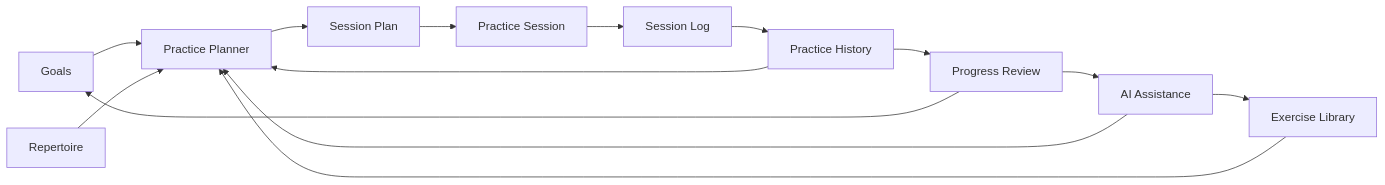
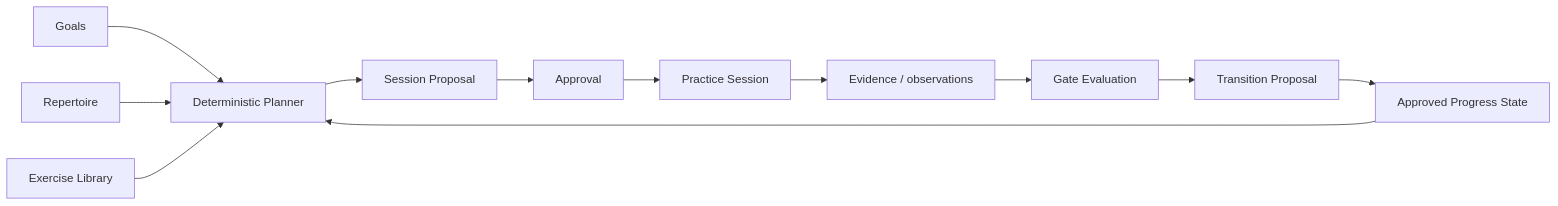
Before and after one commit to ryjen/guitar-practice-system: the first of 2 diagrams in docs/architecture.md, drawn with Mermaid. The commit also changed other lines of this file, not shown here.

Commit message:
Remove private inference architecture

````diff
--- a/docs/architecture.md
+++ b/docs/architecture.md
@@ -11,18 +11,15 @@
 ```mermaid
 flowchart LR
-    Goals[Goals] --> Planner[Practice Planner]
+    Goals[Goals] --> Planner[Deterministic Planner]
     Repertoire[Repertoire] --> Planner
     Exercises[Exercise Library] --> Planner
-    History[Practice History] --> Planner
+    State[Approved Progress State] --> Planner
 
-    Planner --> Plan[Session Plan]
-    Plan --> Practice[Practice Session]
-    Practice --> Log[Session Log]
-    Log --> History
-    History --> Review[Progress Review]
-    Review --> Goals
-
-    AI[AI Assistance] --> Planner
-    AI --> Exercises
-    Review --> AI
+    Planner --> Plan[Session Proposal]
+    Plan --> Approval[Approval]
+    Approval --> Practice[Practice Session]
+    Practice --> Evidence[Evidence / observations]
+    Evidence --> Assessment[Gate Evaluation]
+    Assessment --> Transition[Transition Proposal]
+    Transition --> State
 ```
````
